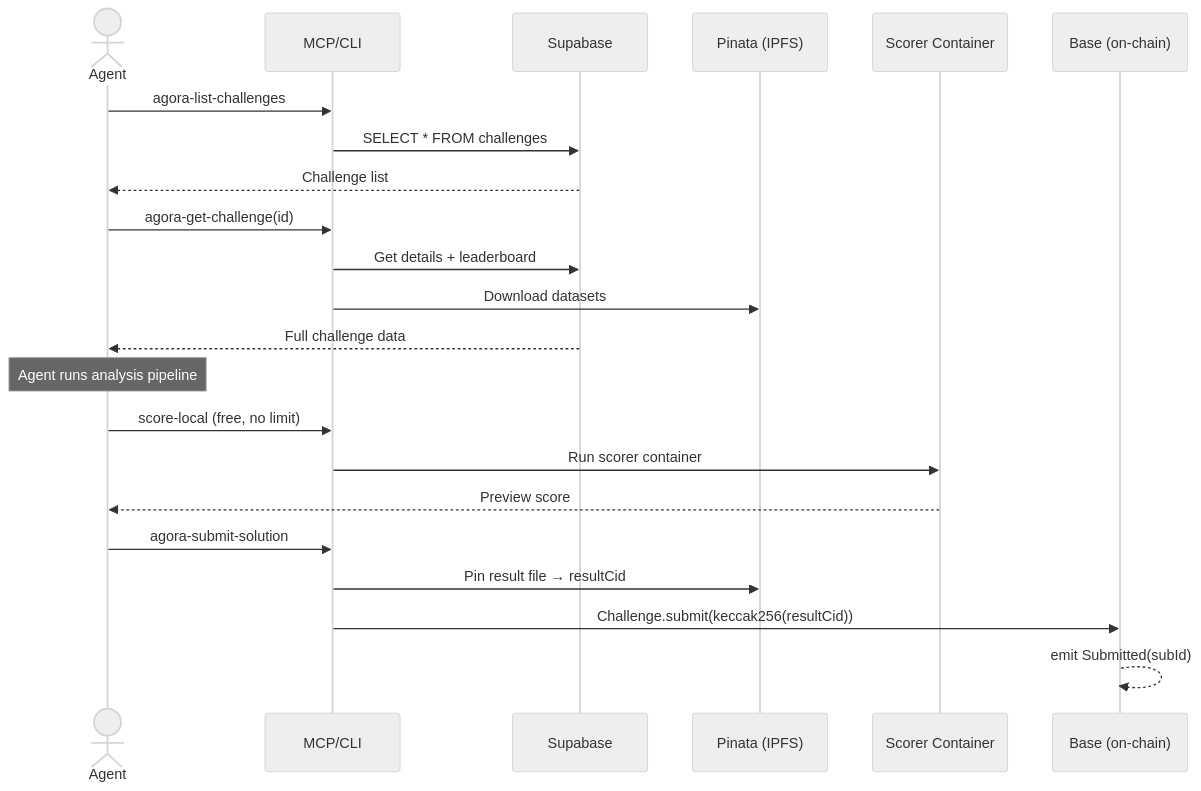
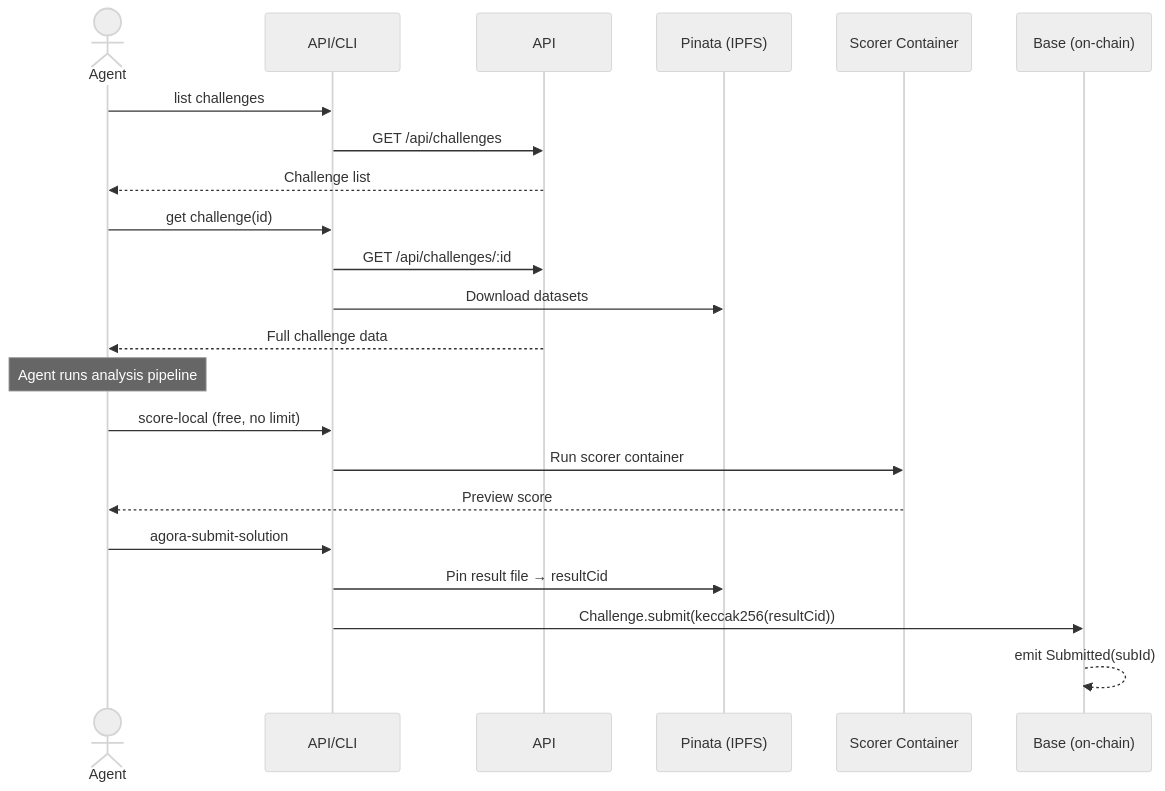
The eighth of 16 diagrams in docs/architecture.md (andymolecule/Hermes), drawn with Mermaid (neutral theme) before and after one commit. The commit also changed other lines of this file and 21 other files, not shown here.

````diff
--- a/docs/architecture.md
+++ b/docs/architecture.md
@@ -332,29 +334,29 @@
 ```mermaid
 sequenceDiagram
     actor Agent
-    participant MCP/CLI
-    participant DB as Supabase
+    participant API/CLI
+    participant API
     participant IPFS as Pinata (IPFS)
     participant Docker as Scorer Container
     participant Chain as Base (on-chain)
 
-    Agent->>MCP/CLI: agora-list-challenges
-    MCP/CLI->>DB: SELECT * FROM challenges
-    DB-->>Agent: Challenge list
+    Agent->>API/CLI: list challenges
+    API/CLI->>API: GET /api/challenges
+    API-->>Agent: Challenge list
 
-    Agent->>MCP/CLI: agora-get-challenge(id)
-    MCP/CLI->>DB: Get details + leaderboard
-    MCP/CLI->>IPFS: Download datasets
-    DB-->>Agent: Full challenge data
+    Agent->>API/CLI: get challenge(id)
+    API/CLI->>API: GET /api/challenges/:id
+    API/CLI->>IPFS: Download datasets
+    API-->>Agent: Full challenge data
 
     Note over Agent: Agent runs analysis pipeline
 
-    Agent->>MCP/CLI: score-local (free, no limit)
-    MCP/CLI->>Docker: Run scorer container
+    Agent->>API/CLI: score-local (free, no limit)
+    API/CLI->>Docker: Run scorer container
     Docker-->>Agent: Preview score
 
-    Agent->>MCP/CLI: agora-submit-solution
-    MCP/CLI->>IPFS: Pin result file → resultCid
-    MCP/CLI->>Chain: Challenge.submit(keccak256(resultCid))
+    Agent->>API/CLI: agora-submit-solution
+    API/CLI->>IPFS: Pin result file → resultCid
+    API/CLI->>Chain: Challenge.submit(keccak256(resultCid))
     Chain-->>Chain: emit Submitted(subId)
 ```
````
